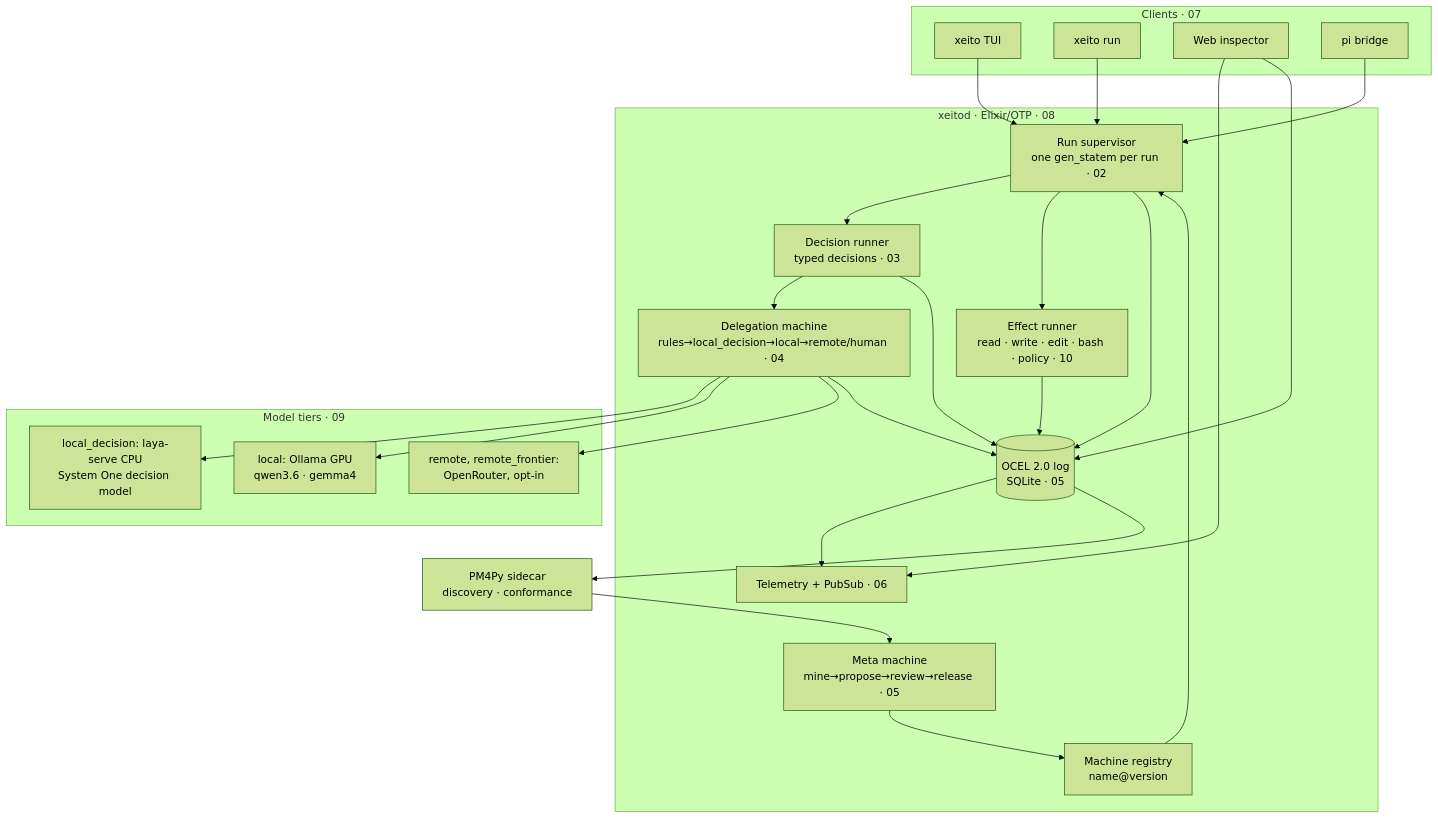
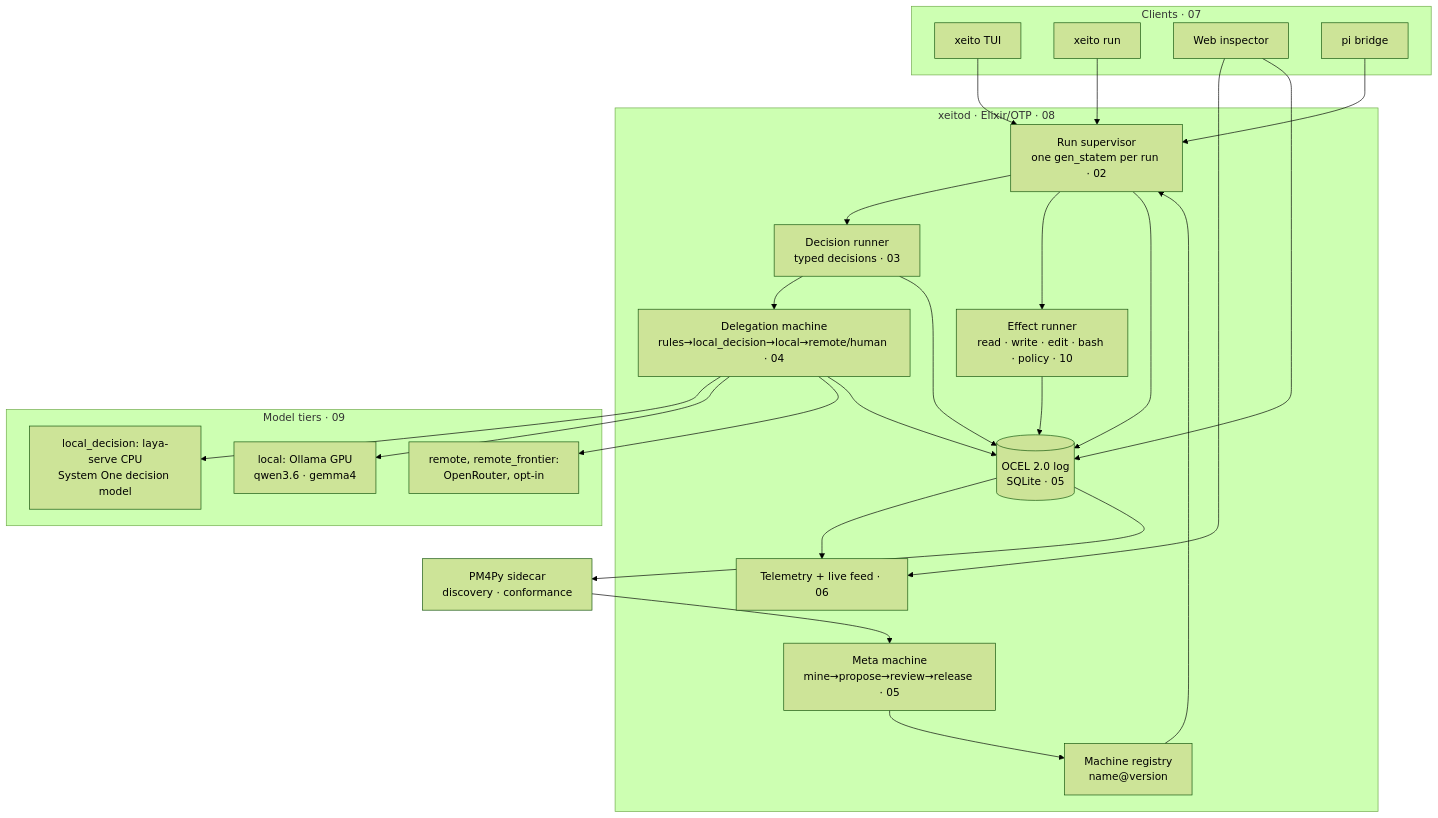
Before and after one commit to romeroabelleira/xeito: the diagram in docs/architecture/00-overview.md, drawn with Mermaid (forest theme). The commit also changed 11 other files, not shown here.

First line of the commit message:
Telemetry events for runs, and architecture rules checked in tests

````diff
--- a/docs/architecture/00-overview.md
+++ b/docs/architecture/00-overview.md
@@ -13,39 +13,39 @@
 ```mermaid
 flowchart TB
   subgraph clients[Clients · 07]
     TUI[xeito TUI]
     CLI[xeito run]
     WEB[Web inspector]
     PI[pi bridge]
   end
 
   subgraph daemon[xeitod · Elixir/OTP · 08]
     REG[Machine registry<br/>name@version]
     RUNS[Run supervisor<br/>one gen_statem per run · 02]
     DEC[Decision runner<br/>typed decisions · 03]
     DEL[Delegation machine<br/>rules→local_decision→local→remote/human · 04]
     EFF[Effect runner<br/>read · write · edit · bash · policy · 10]
-    TEL[Telemetry + PubSub · 06]
+    TEL[Telemetry + live feed · 06]
     LOG[(OCEL 2.0 log<br/>SQLite · 05)]
     META[Meta machine<br/>mine→propose→review→release · 05]
   end
 
   subgraph models[Model tiers · 09]
     SMALL[local_decision: laya-serve CPU<br/>System One decision model]
     LARGE[local: Ollama GPU<br/>qwen3.6 · gemma4]
     REMOTE[remote, remote_frontier:<br/>OpenRouter, opt-in]
   end
 
   MINE[PM4Py sidecar<br/>discovery · conformance]
 
   TUI & CLI & PI --> RUNS
   WEB --> TEL
   WEB --> LOG
   REG --> RUNS
   RUNS --> DEC --> DEL
   DEL --> SMALL & LARGE & REMOTE
   RUNS --> EFF
   RUNS & DEC & DEL & EFF --> LOG
   LOG --> TEL
   LOG --> MINE --> META --> REG
 ```
````
